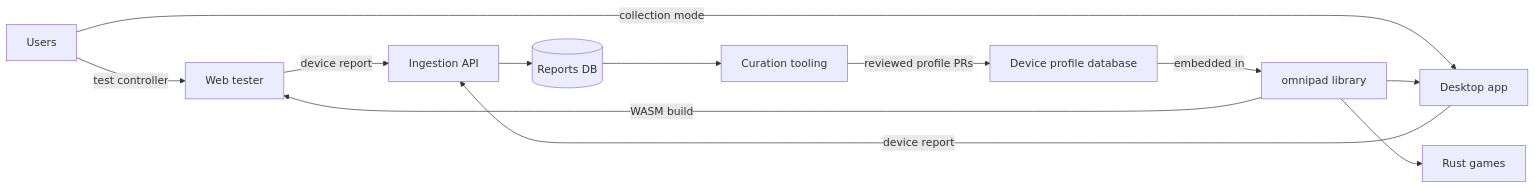
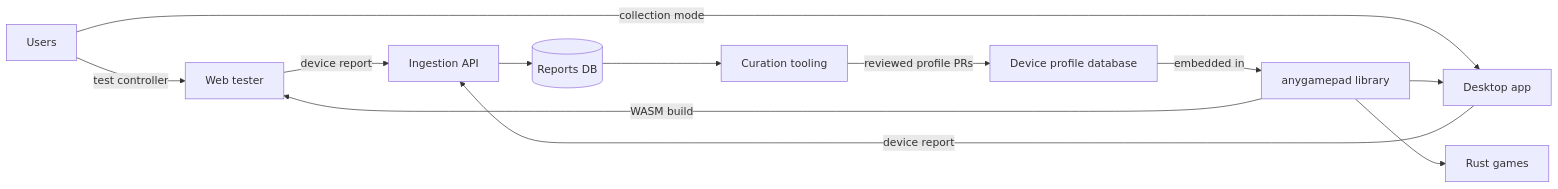
Before and after one commit to anygamepad/anygamepad.github.io: the first of 3 diagrams in ROADMAP/2026-10-10/README.md, drawn with Mermaid. The commit also changed other lines of this file and 8 other files, not shown here.

First line of the commit message:
Rename library crates from omnipad to anygamepad

````diff
--- a/ROADMAP/2026-10-10/README.md
+++ b/ROADMAP/2026-10-10/README.md
@@ -66,14 +66,14 @@
 ```mermaid
 flowchart LR
     U[Users] -->|test controller| WEB[Web tester]
     U -->|collection mode| DESK[Desktop app]
     WEB -->|device report| API[Ingestion API]
     DESK -->|device report| API
     API --> DB[(Reports DB)]
     DB --> CUR[Curation tooling]
     CUR -->|reviewed profile PRs| PROF[Device profile database]
-    PROF -->|embedded in| LIB[omnipad library]
+    PROF -->|embedded in| LIB[anygamepad library]
     LIB --> DESK
     LIB -->|WASM build| WEB
     LIB --> GAMES[Rust games]
 ```
````
